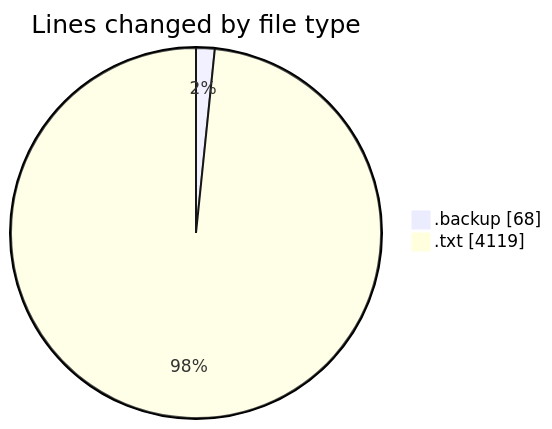
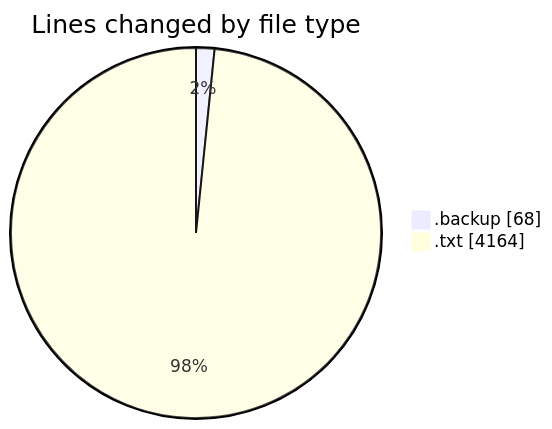
One commit to ricardozamudiocil/code-tracking changed the first of 2 diagrams in 2026-11-25/informesdocpath/README.md. Above: the diagram before and after it, drawn with Mermaid. The commit also changed other lines of this file and 1 other file, not shown here.

````diff
--- a/2026-11-25/informesdocpath/README.md
+++ b/2026-11-25/informesdocpath/README.md
@@ -22,6 +22,6 @@
 ```mermaid
 pie showData
 title Lines changed by file type
 ".backup" : 68
-".txt" : 4119
+".txt" : 4164
 ```
````
